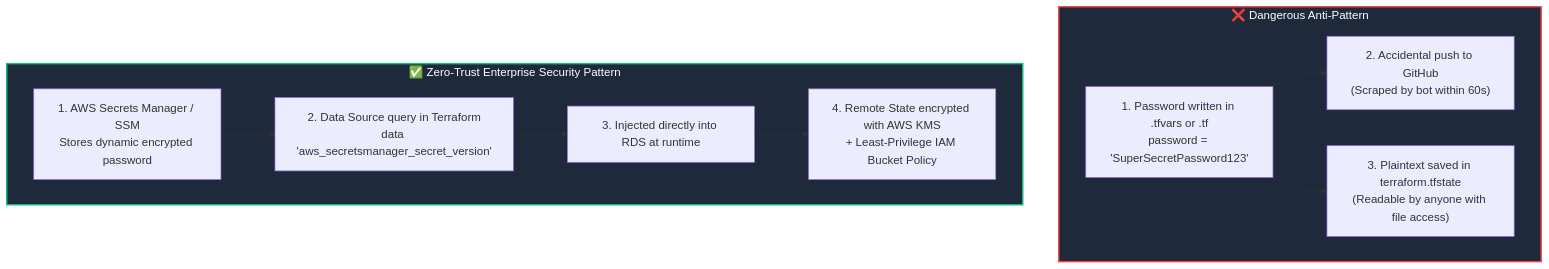
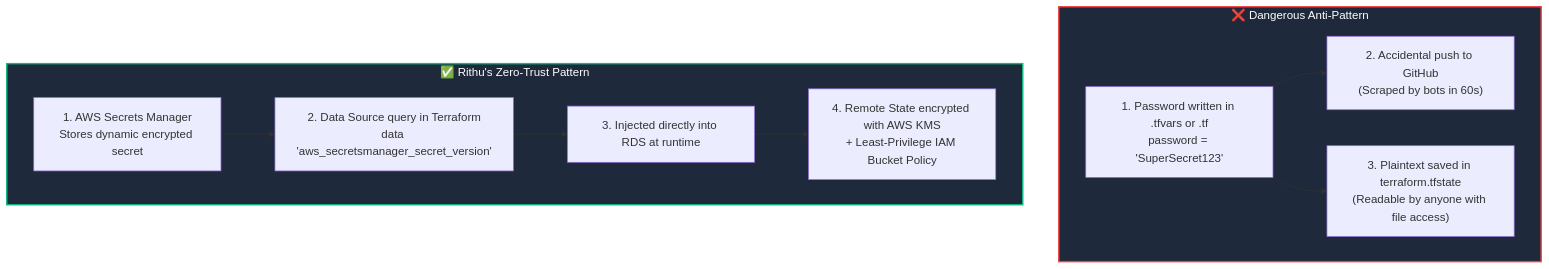
Before and after one commit to agravi987/Learning-Terraform-For-DevOps: the diagram in 17-security-and-secrets/README.md, drawn with Mermaid. The commit also changed other lines of this file and 18 other files, not shown here.

````diff
--- a/17-security-and-secrets/README.md
+++ b/17-security-and-secrets/README.md
@@ -23,23 +27,23 @@
 ```mermaid
 flowchart TD
     subgraph BadWay ["❌ Dangerous Anti-Pattern"]
-        HARDCODED["1. Password written in .tfvars or .tf\npassword = 'SuperSecretPassword123'"]
-        LEAK_GIT["2. Accidental push to GitHub\n(Scraped by bot within 60s)"]
+        HARDCODED["1. Password written in .tfvars or .tf\npassword = 'SuperSecret123'"]
+        LEAK_GIT["2. Accidental push to GitHub\n(Scraped by bots in 60s)"]
         LEAK_STATE["3. Plaintext saved in terraform.tfstate\n(Readable by anyone with file access)"]
         
         HARDCODED --> LEAK_GIT & LEAK_STATE
     end
 
-    subgraph SecureWay ["✅ Zero-Trust Enterprise Security Pattern"]
-        SM["1. AWS Secrets Manager / SSM\nStores dynamic encrypted password"]
+    subgraph SecureWay ["✅ Rithu's Zero-Trust Pattern"]
+        SM["1. AWS Secrets Manager\nStores dynamic encrypted secret"]
         DATA_SEC["2. Data Source query in Terraform\ndata 'aws_secretsmanager_secret_version'"]
         RDS["3. Injected directly into RDS at runtime"]
         S3_KMS["4. Remote State encrypted with AWS KMS\n+ Least-Privilege IAM Bucket Policy"]
 
         SM --> DATA_SEC --> RDS
         RDS --> S3_KMS
     end
 
     style BadWay fill:#1e293b,stroke:#ef4444,stroke-width:2px,color:#fff
     style SecureWay fill:#1e293b,stroke:#10b981,stroke-width:2px,color:#fff
 ```
````
